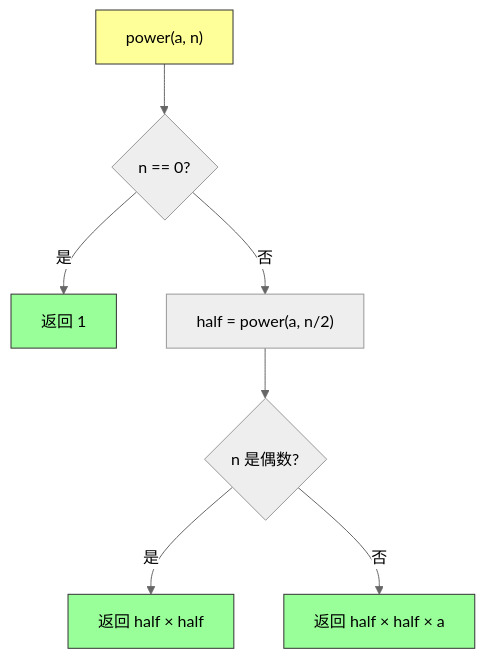
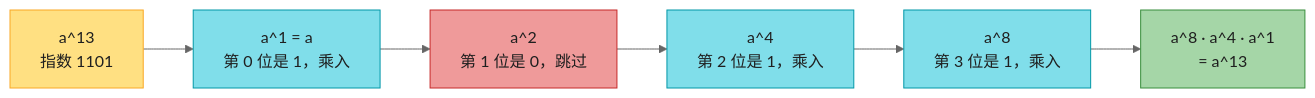
The fifth of 7 diagrams in IntroductionToAlgorithms/Chapter04_分治策略_深度版.md (socoo123/book_reading), drawn with Mermaid (neutral theme) before and after one commit. The commit also changed other lines of this file and 30 other files, not shown here.

````diff
--- a/IntroductionToAlgorithms/Chapter04_分治策略_深度版.md
+++ b/IntroductionToAlgorithms/Chapter04_分治策略_深度版.md
@@ -826,14 +339,17 @@
 ```mermaid
-flowchart TD
-    A["power(a, n)"] --> B{"n == 0?"}
-    B -->|是| C["返回 1"]
-    B -->|否| D["half = power(a, n/2)"]
-    D --> E{"n 是偶数?"}
-    E -->|是| F["返回 half × half"]
-    E -->|否| G["返回 half × half × a"]
+flowchart LR
+    A["a^13<br/>指数 1101"] --> B["a^1 = a<br/>第 0 位是 1，乘入"]
+    B --> C["a^2<br/>第 1 位是 0，跳过"]
+    C --> D["a^4<br/>第 2 位是 1，乘入"]
+    D --> E["a^8<br/>第 3 位是 1，乘入"]
+    E --> F["a^8 · a^4 · a^1<br/>= a^13"]
 
-    style A fill:#ff9,stroke:#333
-    style C fill:#9f9,stroke:#333
-    style F fill:#9f9,stroke:#333
-    style G fill:#9f9,stroke:#333
+    classDef start fill:#FFE082,stroke:#F9A825,color:#1f1f1f
+    classDef mul fill:#80DEEA,stroke:#0097A7,color:#1f1f1f
+    classDef skip fill:#EF9A9A,stroke:#C62828,color:#1f1f1f
+    classDef done fill:#A5D6A7,stroke:#388E3C,color:#1f1f1f
+    class A start
+    class B,D,E mul
+    class C skip
+    class F done
 ```
````
